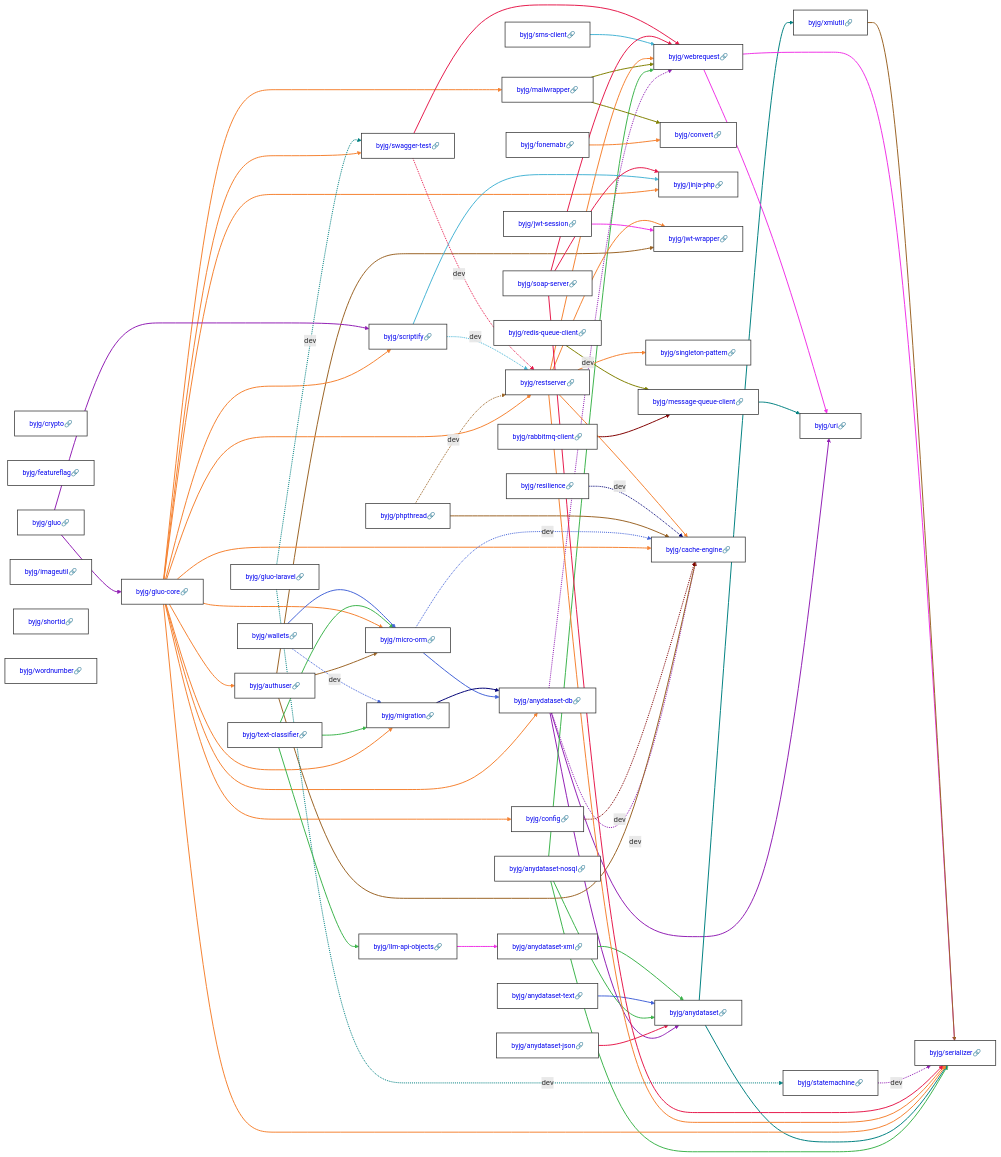
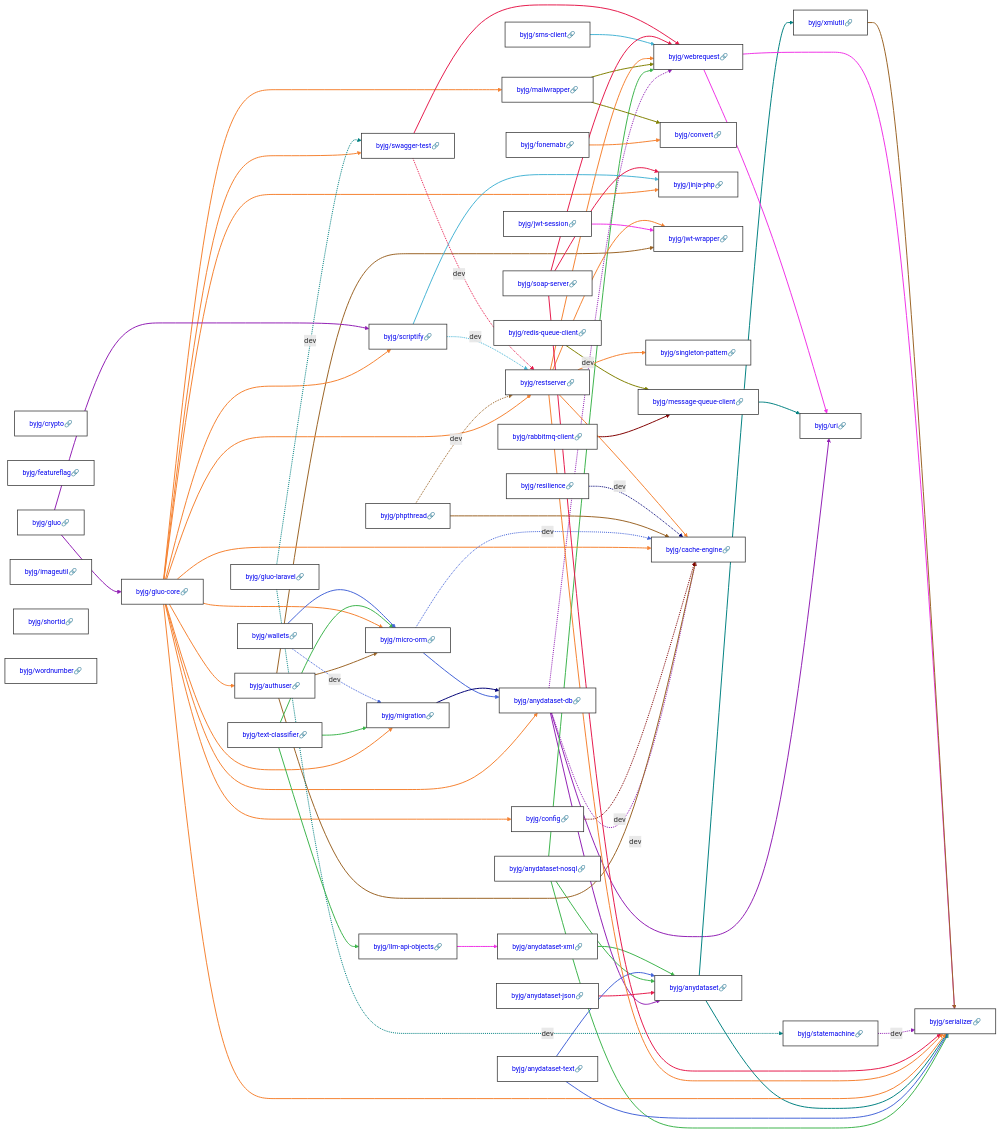
One commit to byjg/byjg.github.io changed the diagram in docs/php/README.md. Above: the diagram before and after it, drawn with Mermaid. The commit also changed 2 other files, not shown here.

Commit message:
Update documentation 'php' 'php-anydataset-text'

```diff
--- a/docs/php/README.md
+++ b/docs/php/README.md
@@ -60,6 +60,7 @@
   byjg/anydataset-nosql --> byjg/serializer;
   byjg/anydataset-nosql --> byjg/webrequest;
   byjg/anydataset-text --> byjg/anydataset;
+  byjg/anydataset-text --> byjg/serializer;
   byjg/anydataset-xml --> byjg/anydataset;
   byjg/anydataset --> byjg/serializer;
   byjg/anydataset --> byjg/xmlutil;
@@ -128,14 +129,14 @@
   linkStyle 6 stroke:#3cb44b,stroke-width:2px;
   linkStyle 7 stroke:#3cb44b,stroke-width:2px;
   linkStyle 8 stroke:#4363d8,stroke-width:2px;
-  linkStyle 9 stroke:#3cb44b,stroke-width:2px;
-  linkStyle 10 stroke:#008080,stroke-width:2px;
+  linkStyle 9 stroke:#4363d8,stroke-width:2px;
+  linkStyle 10 stroke:#3cb44b,stroke-width:2px;
   linkStyle 11 stroke:#008080,stroke-width:2px;
-  linkStyle 12 stroke:#9a6324,stroke-width:2px;
+  linkStyle 12 stroke:#008080,stroke-width:2px;
   linkStyle 13 stroke:#9a6324,stroke-width:2px;
   linkStyle 14 stroke:#9a6324,stroke-width:2px;
-  linkStyle 15 stroke:#800000,stroke-width:2px;
-  linkStyle 16 stroke:#f58231,stroke-width:2px;
+  linkStyle 15 stroke:#9a6324,stroke-width:2px;
+  linkStyle 16 stroke:#800000,stroke-width:2px;
   linkStyle 17 stroke:#f58231,stroke-width:2px;
   linkStyle 18 stroke:#f58231,stroke-width:2px;
   linkStyle 19 stroke:#f58231,stroke-width:2px;
@@ -148,45 +149,46 @@
   linkStyle 26 stroke:#f58231,stroke-width:2px;
   linkStyle 27 stroke:#f58231,stroke-width:2px;
   linkStyle 28 stroke:#f58231,stroke-width:2px;
-  linkStyle 29 stroke:#008080,stroke-width:2px;
+  linkStyle 29 stroke:#f58231,stroke-width:2px;
   linkStyle 30 stroke:#008080,stroke-width:2px;
-  linkStyle 31 stroke:#911eb4,stroke-width:2px;
+  linkStyle 31 stroke:#008080,stroke-width:2px;
   linkStyle 32 stroke:#911eb4,stroke-width:2px;
-  linkStyle 33 stroke:#f032e6,stroke-width:2px;
+  linkStyle 33 stroke:#911eb4,stroke-width:2px;
   linkStyle 34 stroke:#f032e6,stroke-width:2px;
-  linkStyle 35 stroke:#808000,stroke-width:2px;
+  linkStyle 35 stroke:#f032e6,stroke-width:2px;
   linkStyle 36 stroke:#808000,stroke-width:2px;
-  linkStyle 37 stroke:#008080,stroke-width:2px;
-  linkStyle 38 stroke:#4363d8,stroke-width:2px;
+  linkStyle 37 stroke:#808000,stroke-width:2px;
+  linkStyle 38 stroke:#008080,stroke-width:2px;
   linkStyle 39 stroke:#4363d8,stroke-width:2px;
-  linkStyle 40 stroke:#000075,stroke-width:2px;
-  linkStyle 41 stroke:#9a6324,stroke-width:2px;
+  linkStyle 40 stroke:#4363d8,stroke-width:2px;
+  linkStyle 41 stroke:#000075,stroke-width:2px;
   linkStyle 42 stroke:#9a6324,stroke-width:2px;
-  linkStyle 43 stroke:#800000,stroke-width:2px;
-  linkStyle 44 stroke:#808000,stroke-width:2px;
-  linkStyle 45 stroke:#000075,stroke-width:2px;
-  linkStyle 46 stroke:#f58231,stroke-width:2px;
+  linkStyle 43 stroke:#9a6324,stroke-width:2px;
+  linkStyle 44 stroke:#800000,stroke-width:2px;
+  linkStyle 45 stroke:#808000,stroke-width:2px;
+  linkStyle 46 stroke:#000075,stroke-width:2px;
   linkStyle 47 stroke:#f58231,stroke-width:2px;
   linkStyle 48 stroke:#f58231,stroke-width:2px;
   linkStyle 49 stroke:#f58231,stroke-width:2px;
   linkStyle 50 stroke:#f58231,stroke-width:2px;
-  linkStyle 51 stroke:#46b4d4,stroke-width:2px;
+  linkStyle 51 stroke:#f58231,stroke-width:2px;
   linkStyle 52 stroke:#46b4d4,stroke-width:2px;
   linkStyle 53 stroke:#46b4d4,stroke-width:2px;
-  linkStyle 54 stroke:#e6194b,stroke-width:2px;
+  linkStyle 54 stroke:#46b4d4,stroke-width:2px;
   linkStyle 55 stroke:#e6194b,stroke-width:2px;
   linkStyle 56 stroke:#e6194b,stroke-width:2px;
-  linkStyle 57 stroke:#911eb4,stroke-width:2px;
-  linkStyle 58 stroke:#e6194b,stroke-width:2px;
+  linkStyle 57 stroke:#e6194b,stroke-width:2px;
+  linkStyle 58 stroke:#911eb4,stroke-width:2px;
   linkStyle 59 stroke:#e6194b,stroke-width:2px;
-  linkStyle 60 stroke:#3cb44b,stroke-width:2px;
+  linkStyle 60 stroke:#e6194b,stroke-width:2px;
   linkStyle 61 stroke:#3cb44b,stroke-width:2px;
   linkStyle 62 stroke:#3cb44b,stroke-width:2px;
-  linkStyle 63 stroke:#4363d8,stroke-width:2px;
+  linkStyle 63 stroke:#3cb44b,stroke-width:2px;
   linkStyle 64 stroke:#4363d8,stroke-width:2px;
-  linkStyle 65 stroke:#f032e6,stroke-width:2px;
+  linkStyle 65 stroke:#4363d8,stroke-width:2px;
   linkStyle 66 stroke:#f032e6,stroke-width:2px;
-  linkStyle 67 stroke:#9a6324,stroke-width:2px;
+  linkStyle 67 stroke:#f032e6,stroke-width:2px;
+  linkStyle 68 stroke:#9a6324,stroke-width:2px;
   classDef default fill:#ffffff,stroke:#333,stroke-width:1.5px,color:#000,font-size:14px;
   classDef highlight fill:#ffef96,stroke:#ff9900,stroke-width:3px;
   classDef deprecated fill:#f8f8f8,stroke:#cccccc,stroke-dasharray: 5 5,stroke-width:1px,color:#999;
```
